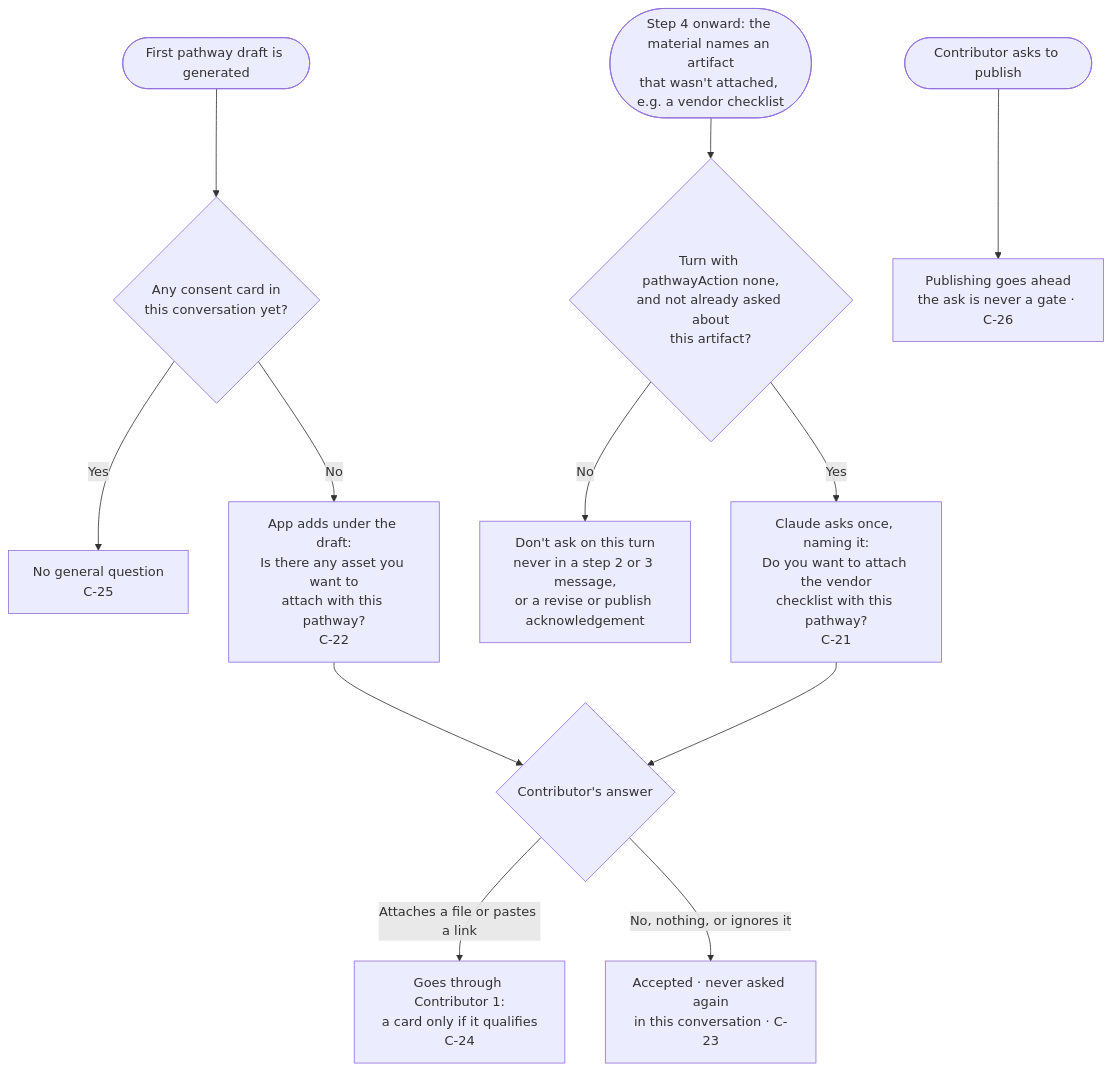
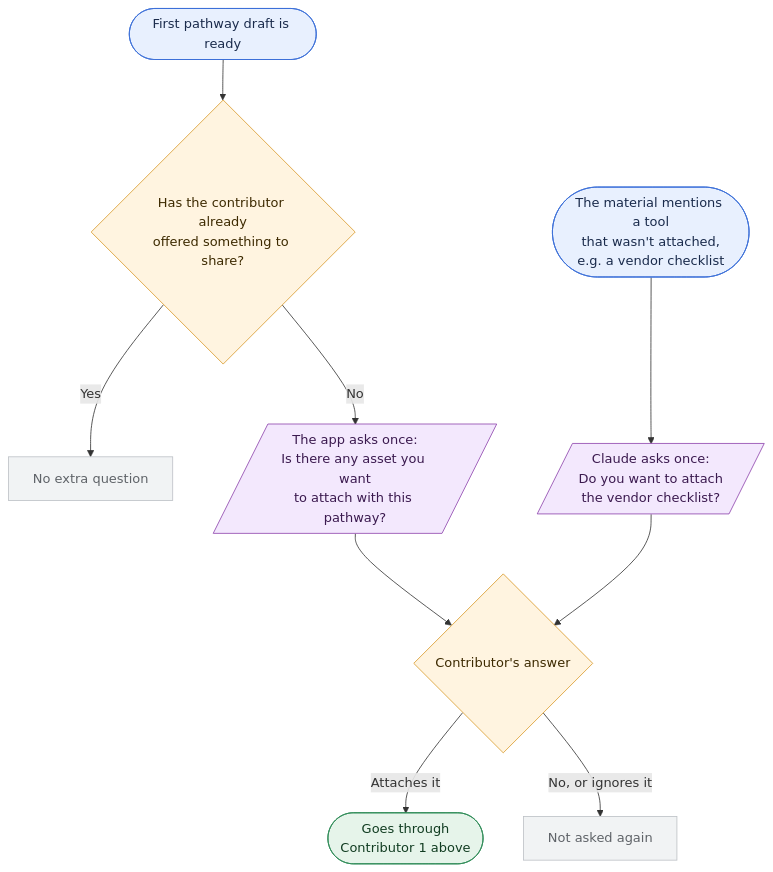
The third of 5 diagrams in docs/tasks/toolkit-asset-files/plan.md (SwanandAI/diffusion-cube), drawn with Mermaid before and after one commit. The commit also changed other lines of this file, not shown here.

````diff
--- a/docs/tasks/toolkit-asset-files/plan.md
+++ b/docs/tasks/toolkit-asset-files/plan.md
@@ -344,17 +334,24 @@
 ```mermaid
 flowchart TD
-    DRAFT(["First pathway draft is generated"]) --> ANYCARD{"Any consent card in<br/>this conversation yet?"}
-    ANYCARD -->|Yes| NOGENERAL["No general question<br/>C-25"]
-    ANYCARD -->|No| GENERAL["App adds under the draft:<br/>Is there any asset you want to<br/>attach with this pathway?<br/>C-22"]
+    A(["First pathway draft is ready"]) --> B{"Has the contributor already<br/>offered something to share?"}
+    B -->|Yes| C["No extra question"]
+    B -->|No| D[/"The app asks once:<br/>Is there any asset you want<br/>to attach with this pathway?"/]
 
-    MENTION(["Step 4 onward: the material names an artifact<br/>that wasn't attached, e.g. a vendor checklist"]) --> TURN{"Turn with pathwayAction none,<br/>and not already asked about<br/>this artifact?"}
-    TURN -->|No| WAIT["Don't ask on this turn<br/>never in a step 2 or 3 message,<br/>or a revise or publish acknowledgement"]
-    TURN -->|Yes| TARGETED["Claude asks once, naming it:<br/>Do you want to attach the vendor<br/>checklist with this pathway?<br/>C-21"]
+    E(["The material mentions a tool<br/>that wasn't attached,<br/>e.g. a vendor checklist"]) --> F[/"Claude asks once:<br/>Do you want to attach<br/>the vendor checklist?"/]
 
-    GENERAL --> ANSWER{"Contributor's answer"}
-    TARGETED --> ANSWER
-    ANSWER -->|"Attaches a file or pastes a link"| FLOW1["Goes through Contributor 1:<br/>a card only if it qualifies<br/>C-24"]
-    ANSWER -->|"No, nothing, or ignores it"| STOP["Accepted · never asked again<br/>in this conversation · C-23"]
+    D --> G{"Contributor's answer"}
+    F --> G
+    G -->|"Attaches it"| H(["Goes through<br/>Contributor 1 above"])
+    G -->|"No, or ignores it"| I["Not asked again"]
 
-    PUBLISH(["Contributor asks to publish"]) --> GO["Publishing goes ahead<br/>the ask is never a gate · C-26"]
+    classDef start fill:#E8F0FE,stroke:#3B6FD8,color:#1A2B4C
+    classDef decision fill:#FFF4E0,stroke:#D99A2B,color:#3D2A00
+    classDef ask fill:#F3E8FD,stroke:#8E44AD,color:#3B1A4F
+    classDef done fill:#E6F4EA,stroke:#2E8B57,color:#123D22
+    classDef stop fill:#F1F3F4,stroke:#BDC1C6,color:#5F6368
+    class A,E start
+    class B,G decision
+    class D,F ask
+    class H done
+    class C,I stop
 ```
````
